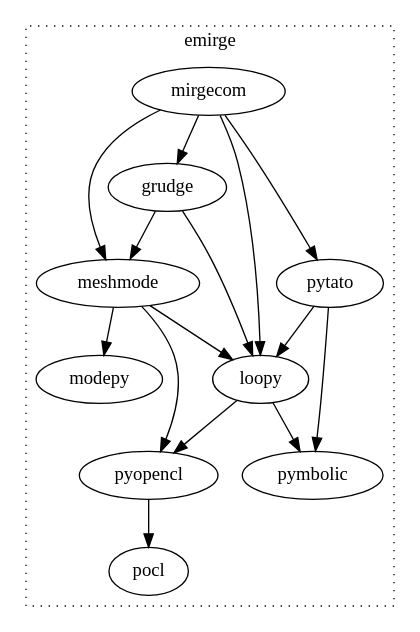
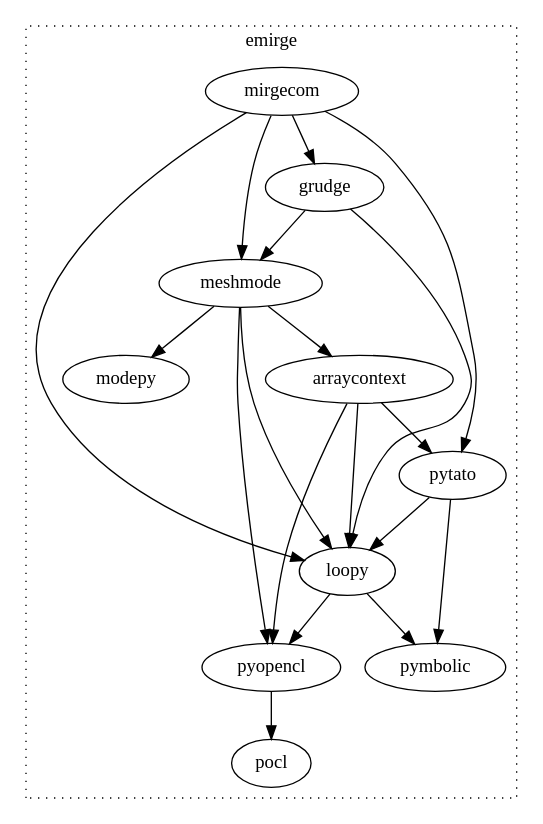
The diagram in doc/development/packages.rst (illinois-ceesd/mirgecom), drawn with Graphviz before and after one commit. The commit also changed other lines of this file, not shown here.

Commit message:
Add arraycontext to dep graph

```diff
--- a/doc/development/packages.rst
+++ b/doc/development/packages.rst
@@ -7,28 +7,33 @@
 .. graphviz::
 
    digraph deps {
    subgraph cluster_0 {
    label="emirge"
         mirgecom -> meshmode;
         grudge -> meshmode;
         mirgecom -> grudge;
 
         mirgecom -> loopy;
         grudge -> loopy;
         meshmode -> loopy;
 
         meshmode -> pyopencl;
         loopy -> pyopencl;
 
         meshmode -> modepy;
+        meshmode -> arraycontext;
+
+        arraycontext -> pyopencl;
+        arraycontext -> loopy;
+        arraycontext -> pytato;
 
         loopy -> pymbolic;
 
         pyopencl -> pocl;
 
         mirgecom -> pytato;
         pytato -> loopy;
         pytato -> pymbolic;
         graph[style=dotted];
         }
    }
```
